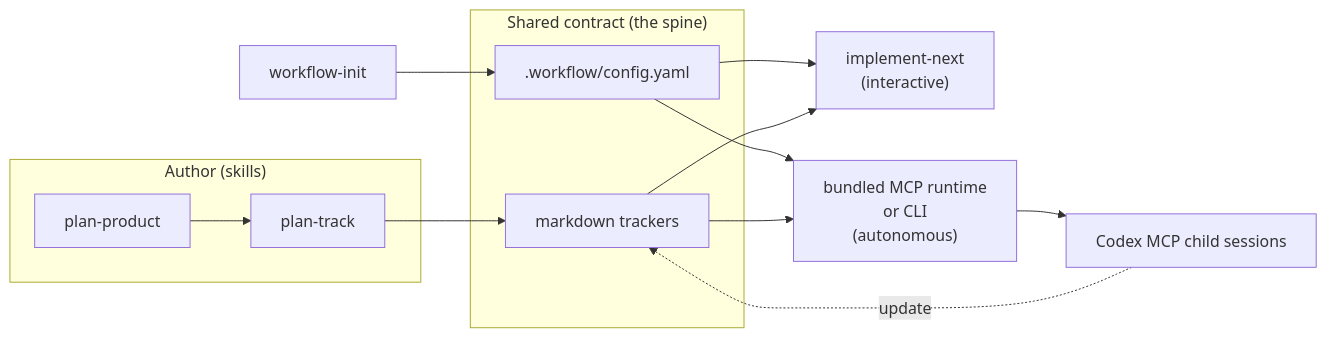
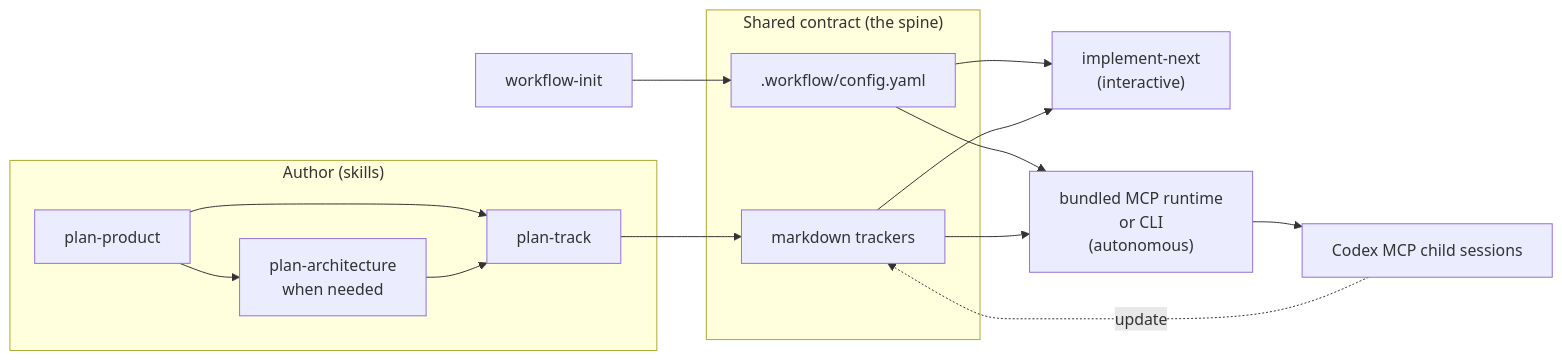
One commit to aryeko/agentic-workflow-kit changed the first of 2 diagrams in README.md. Above: the diagram before and after it, drawn with Mermaid. The commit also changed other lines of this file and 40 other files, not shown here.

Commit message:
feat: add architecture planning gate

````diff
--- a/README.md
+++ b/README.md
@@ -18,18 +18,20 @@
 ```mermaid
 flowchart LR
   subgraph Author["Author (skills)"]
-    PP[plan-product] --> PT[plan-track]
+    PP[plan-product] --> PA[plan-architecture<br/>when needed]
+    PP --> PT[plan-track]
+    PA --> PT
   end
   WI[workflow-init] --> CFG
   PT --> TRK
   subgraph Contract["Shared contract (the spine)"]
     CFG[".workflow/config.yaml"]
     TRK["markdown trackers"]
   end
   CFG --> IN["implement-next<br/>(interactive)"]
   TRK --> IN
   CFG --> OR["bundled MCP runtime<br/>or CLI<br/>(autonomous)"]
   TRK --> OR
   OR --> CODEX["Codex MCP child sessions"]
   CODEX -. update .-> TRK
 ```
````
